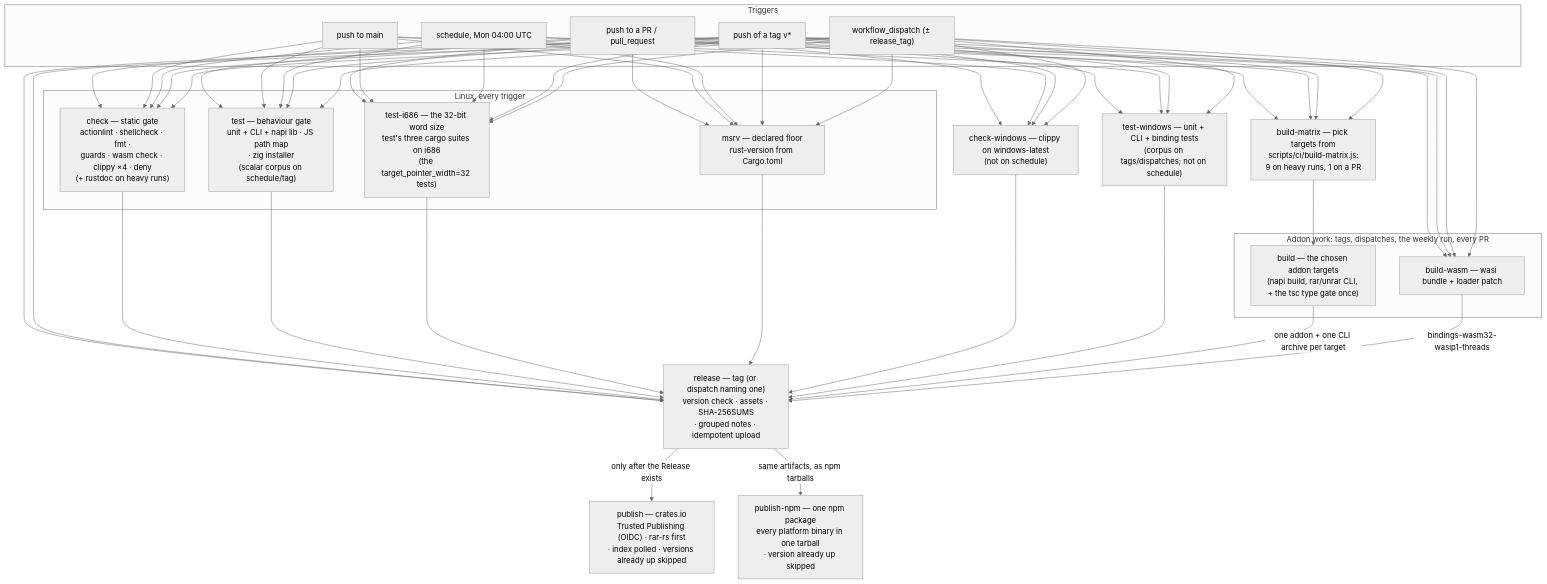
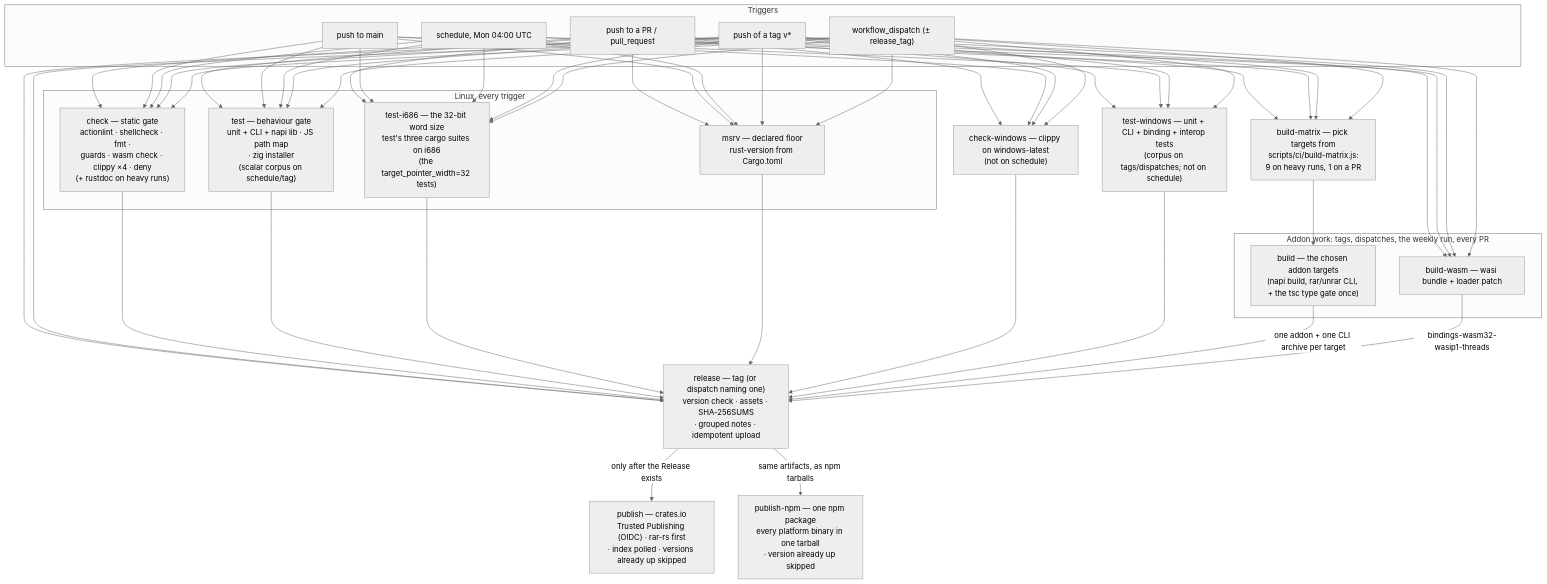
The diagram in docs/ci.md (yjdyamv/rar-rs), drawn with Mermaid (neutral theme) before and after one commit. The commit also changed other lines of this file and 2 other files, not shown here.

First line of the commit message:
ci: run the Windows interop suites on every push

````diff
--- a/docs/ci.md
+++ b/docs/ci.md
@@ -10,57 +10,57 @@
 ```mermaid
 flowchart TD
   subgraph trig[Triggers]
     pr[push to a PR / pull_request]
     main[push to main]
     tag["push of a tag v*"]
     disp["workflow_dispatch (± release_tag)"]
     cron[schedule, Mon 04:00 UTC]
   end
 
   subgraph linux[Linux, every trigger]
     check["check — static gate<br/>actionlint · shellcheck · fmt ·<br/>guards · wasm check · clippy ×4 · deny<br/>(+ rustdoc on heavy runs)"]
     test["test — behaviour gate<br/>unit + CLI + napi lib · JS path map<br/>· zig installer<br/>(scalar corpus on schedule/tag)"]
     test32["test-i686 — the 32-bit word size<br/>test's three cargo suites on i686<br/>(the target_pointer_width=32 tests)"]
     msrv["msrv — declared floor<br/>rust-version from Cargo.toml"]
   end
 
   checkwin["check-windows — clippy on windows-latest<br/>(not on schedule)"]
-  testwin["test-windows — unit + CLI + binding tests<br/>(corpus on tags/dispatches; not on schedule)"]
+  testwin["test-windows — unit + CLI + binding + interop tests<br/>(corpus on tags/dispatches; not on schedule)"]
 
   sel["build-matrix — pick targets from<br/>scripts/ci/build-matrix.js:<br/>9 on heavy runs, 1 on a PR"]
 
   subgraph heavy[Addon work: tags, dispatches, the weekly run, every PR]
     build["build — the chosen addon targets<br/>(napi build, rar/unrar CLI, + the tsc type gate once)"]
     wasm["build-wasm — wasi bundle + loader patch"]
   end
 
   rel["release — tag (or dispatch naming one)<br/>version check · assets · SHA-256SUMS<br/>· grouped notes · idempotent upload"]
 
   pub["publish — crates.io<br/>Trusted Publishing (OIDC) · rar-rs first<br/>· index polled · versions already up skipped"]
 
   pubnpm["publish-npm — one npm package<br/>every platform binary in one tarball<br/>· version already up skipped"]
 
   pr --> check & test & test32 & msrv & checkwin & testwin
   main --> check & test & test32 & msrv & checkwin & testwin
   cron --> check & test & test32 & msrv
   tag --> check & test & test32 & msrv & checkwin & testwin
   disp --> check & test & test32 & msrv & checkwin & testwin
   pr --> sel & wasm
   cron --> sel & wasm
   tag --> sel & wasm
   disp --> sel & wasm
   sel --> build
   tag --> rel
   disp --> rel
 
   check --> rel
   test --> rel
   test32 --> rel
   msrv --> rel
   checkwin --> rel
   testwin --> rel
   build -->|"one addon + one CLI archive per target"| rel
   wasm -->|"bindings-wasm32-wasip1-threads"| rel
   rel -->|"only after the Release exists"| pub
   rel -->|"same artifacts, as npm tarballs"| pubnpm
 ```
````
